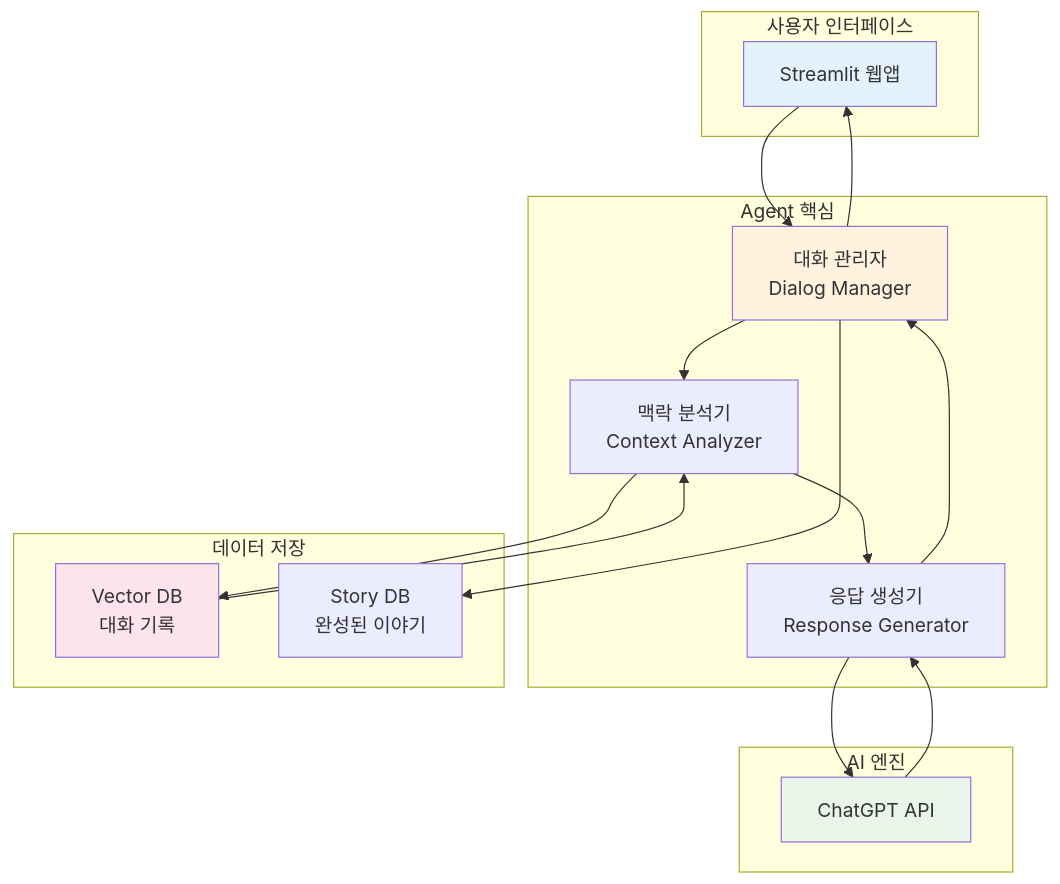
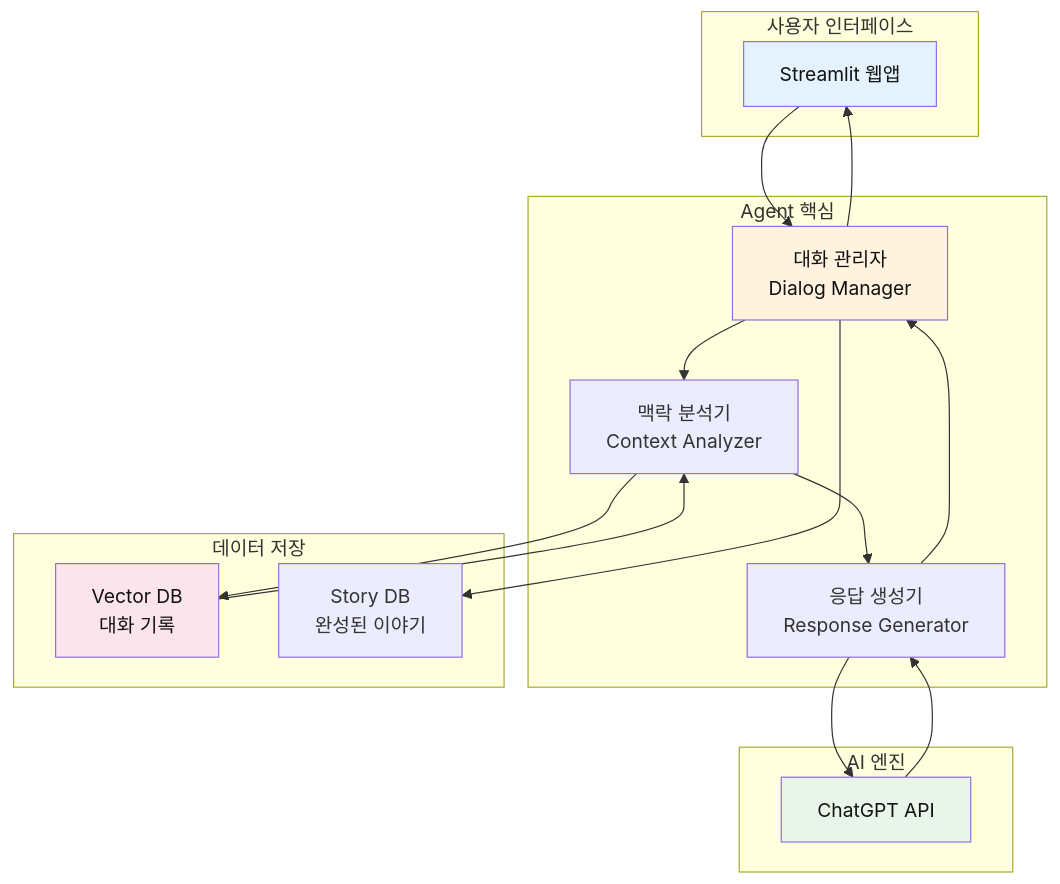
Before and after one commit to Collegenie-X/AIMakerLab_Web: the seventh of 23 diagrams in documents/6차식/6차시_고등_대화형스토리Agent_역공부.md, drawn with Mermaid. The commit also changed other lines of this file and 24 other files, not shown here.

````diff
--- a/documents/6차식/6차시_고등_대화형스토리Agent_역공부.md
+++ b/documents/6차식/6차시_고등_대화형스토리Agent_역공부.md
@@ -339,37 +622,37 @@
 ```mermaid
 graph TB
     subgraph "사용자 인터페이스"
         UI[Streamlit 웹앱]
     end
     
     subgraph "Agent 핵심"
         M[대화 관리자<br/>Dialog Manager]
         C[맥락 분석기<br/>Context Analyzer]
         G[응답 생성기<br/>Response Generator]
     end
     
     subgraph "데이터 저장"
         V[Vector DB<br/>대화 기록]
         S[Story DB<br/>완성된 이야기]
     end
     
     subgraph "AI 엔진"
         GPT[ChatGPT API]
     end
     
     UI --> M
     M --> C
     C --> V
     V --> C
     C --> G
     G --> GPT
     GPT --> G
     G --> M
     M --> UI
     M --> S
     
-    style UI fill:#e3f2fd
-    style M fill:#fff3e0
-    style V fill:#fce4ec
-    style GPT fill:#e8f5e9
+    style UI fill:#e3f2fd,color:#111
+    style M fill:#fff3e0,color:#111
+    style V fill:#fce4ec,color:#111
+    style GPT fill:#e8f5e9,color:#111
 ```
````
